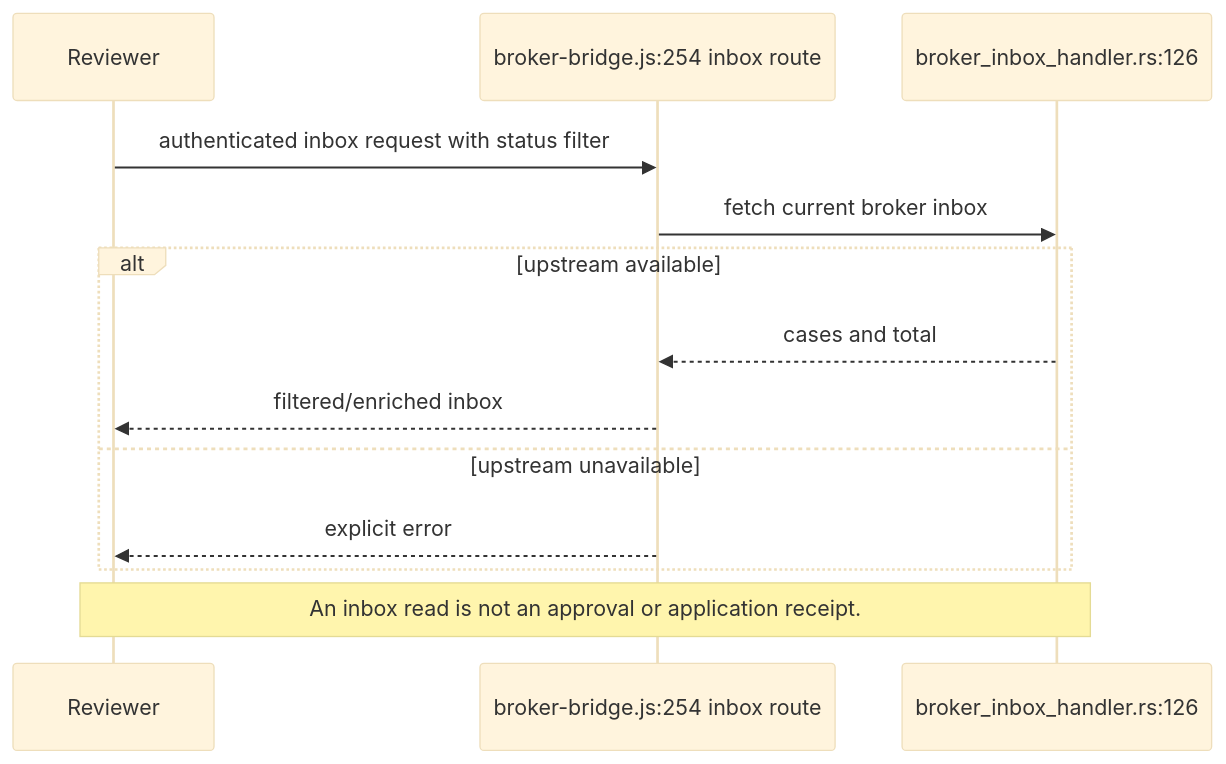
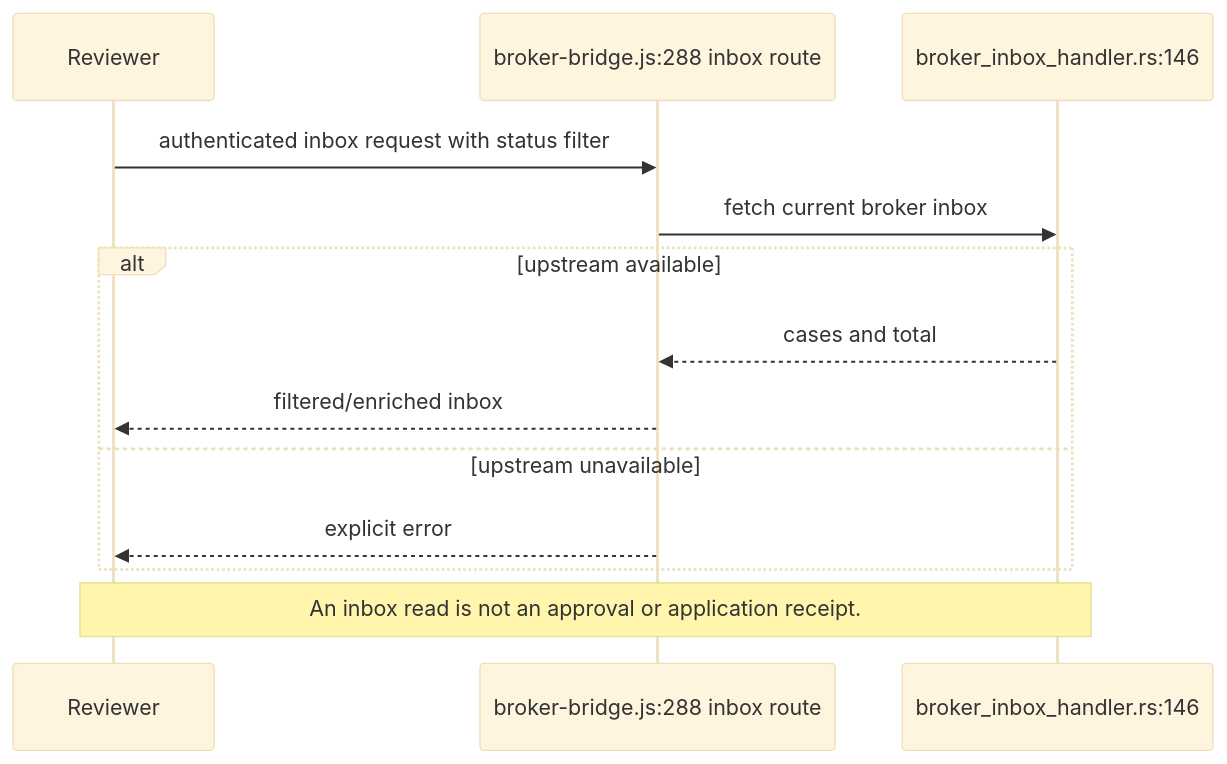
Before and after one commit to DreamLab-AI/VisionFlow: the fifth of 13 diagrams in docs/diagrams/estate/05-governance-loop-across-estate.md, drawn with Mermaid (base theme). The commit also changed other lines of this file and 12 other files, not shown here.

````diff
--- a/docs/diagrams/estate/05-governance-loop-across-estate.md
+++ b/docs/diagrams/estate/05-governance-loop-across-estate.md
@@ -130,15 +139,15 @@
 ```mermaid
 sequenceDiagram
     participant Reviewer
-    participant Bridge as broker-bridge.js:254 inbox route
-    participant VC as broker_inbox_handler.rs:126
+    participant Bridge as broker-bridge.js:288 inbox route
+    participant VC as broker_inbox_handler.rs:146
     Reviewer->>Bridge: authenticated inbox request with status filter
     Bridge->>VC: fetch current broker inbox
     alt upstream available
         VC-->>Bridge: cases and total
         Bridge-->>Reviewer: filtered/enriched inbox
     else upstream unavailable
         Bridge-->>Reviewer: explicit error
     end
     Note over Reviewer,VC: An inbox read is not an approval or application receipt.
 ```
````
